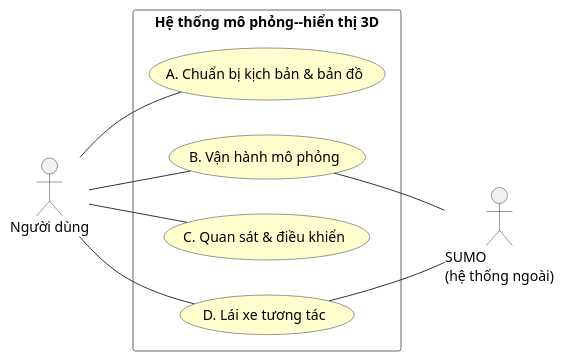
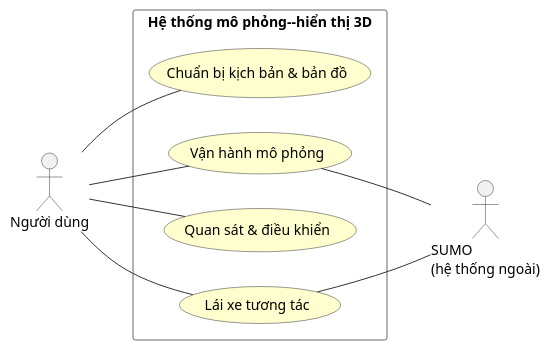
Before and after one commit to MinhHoang137/SUMO-GR1: the diagram in DiagramsCode/hinh2.2-usecase-tong-quat.puml, drawn with PlantUML. The commit also changed 80 other files, not shown here.

```diff
--- a/DiagramsCode/hinh2.2-usecase-tong-quat.puml
+++ b/DiagramsCode/hinh2.2-usecase-tong-quat.puml
@@ -1,29 +1,29 @@
 @startuml hinh2.2-usecase-tong-quat
 left to right direction
 skinparam packageStyle rectangle
 skinparam usecaseBorderColor #333333
 skinparam usecaseBackgroundColor #FEFECE
 skinparam actorBorderColor #333333
 skinparam ArrowColor #333333
 skinparam packageBorderColor #666666
 skinparam packageFontStyle bold
 
 actor "Người dùng" as User
 actor "SUMO\n(hệ thống ngoài)" as SUMO
 
 rectangle "Hệ thống mô phỏng--hiển thị 3D" {
-  usecase "A. Chuẩn bị kịch bản & bản đồ" as A
-  usecase "B. Vận hành mô phỏng" as B
-  usecase "C. Quan sát & điều khiển" as C
-  usecase "D. Lái xe tương tác" as D
+  usecase "Chuẩn bị kịch bản & bản đồ" as A
+  usecase "Vận hành mô phỏng" as B
+  usecase "Quan sát & điều khiển" as C
+  usecase "Lái xe tương tác" as D
 }
 
 User -- A
 User -- B
 User -- C
 User -- D
 
 B -- SUMO
 D -- SUMO
 
 @enduml
```
